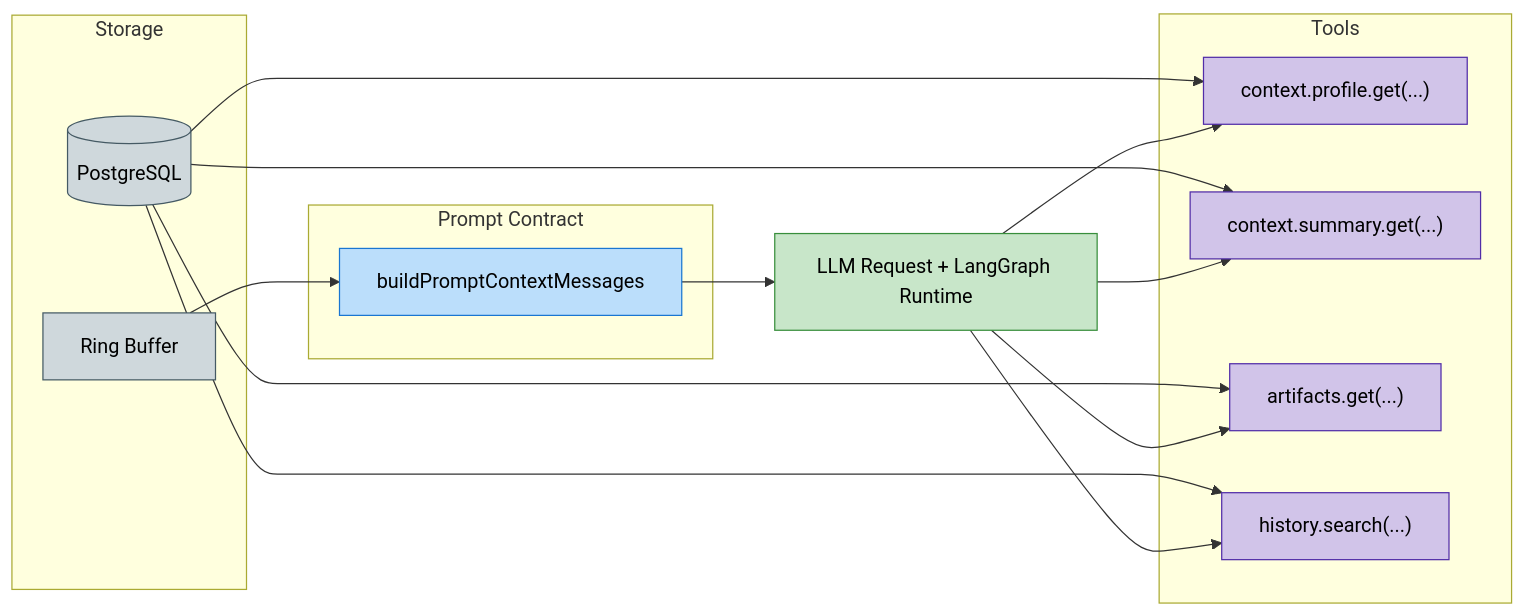
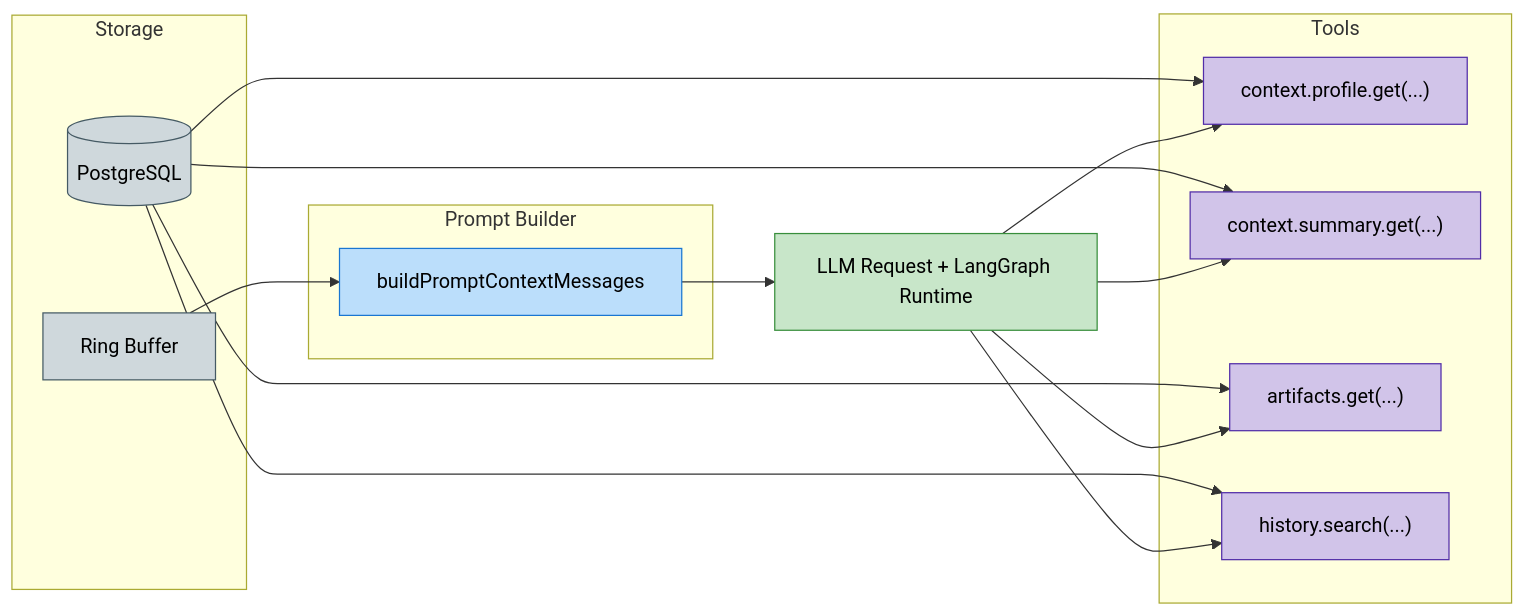
Before and after one commit to BokX1/Sage: the diagram in docs/architecture/MEMORY.md, drawn with Mermaid. The commit also changed other lines of this file and 16 other files, not shown here.

Commit message:
feat: hard-cut Sage prompt architecture

````diff
--- a/docs/architecture/MEMORY.md
+++ b/docs/architecture/MEMORY.md
@@ -64,34 +64,34 @@
 ```mermaid
 flowchart LR
     classDef storage fill:#cfd8dc,stroke:#455a64,color:black
     classDef tools fill:#d1c4e9,stroke:#512da8,color:black
     classDef builder fill:#bbdefb,stroke:#1976d2,color:black
     classDef llm fill:#c8e6c9,stroke:#388e3c,color:black
 
     subgraph Storage
         DB[(PostgreSQL)]:::storage
         RB[Ring Buffer]:::storage
     end
 
     subgraph Tools
         U["context.profile.get(...)"]:::tools
         C["context.summary.get(...)"]:::tools
         F["artifacts.get(...)"]:::tools
         H["history.search(...)"]:::tools
     end
 
-    subgraph Builder["Prompt Contract"]
+    subgraph Builder["Prompt Builder"]
         MB[buildPromptContextMessages]:::builder
     end
 
     RB --> MB
     MB --> LLM[LLM Request + LangGraph Runtime]:::llm
     DB --> U
     DB --> C
     DB --> F
     DB --> H
     LLM --> U
     LLM --> C
     LLM --> F
     LLM --> H
 ```
````
